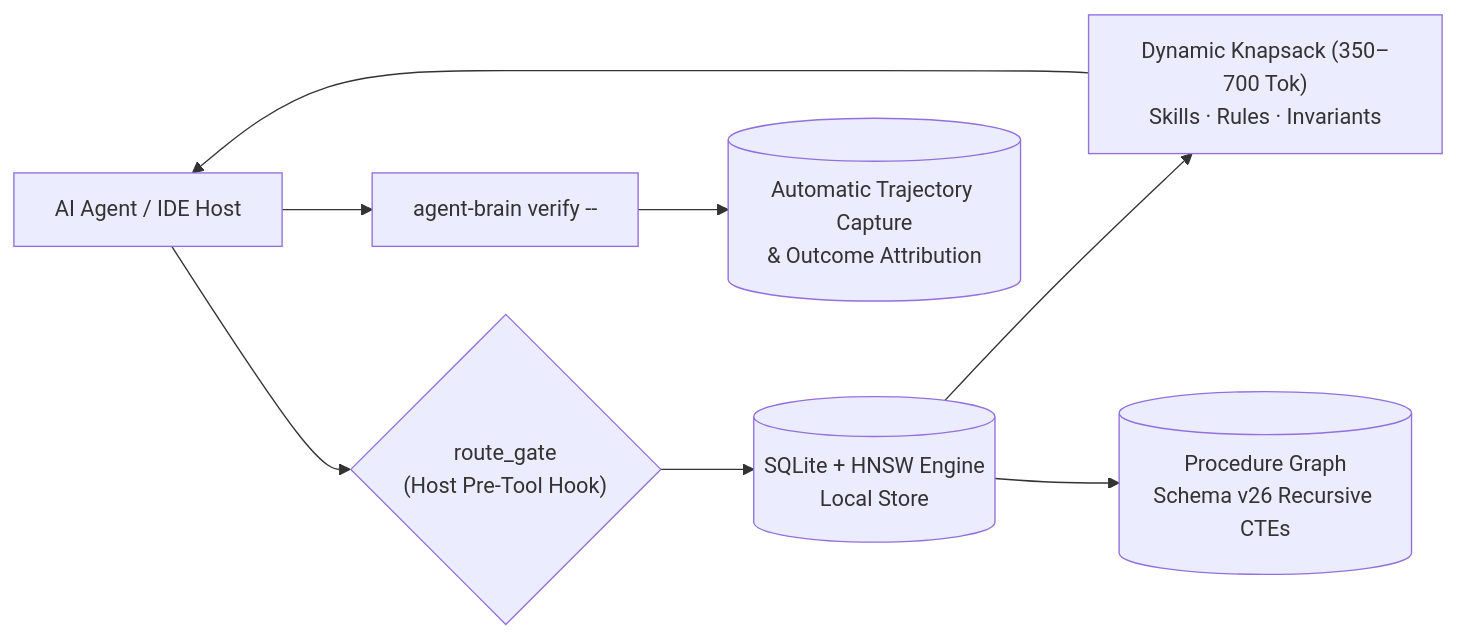
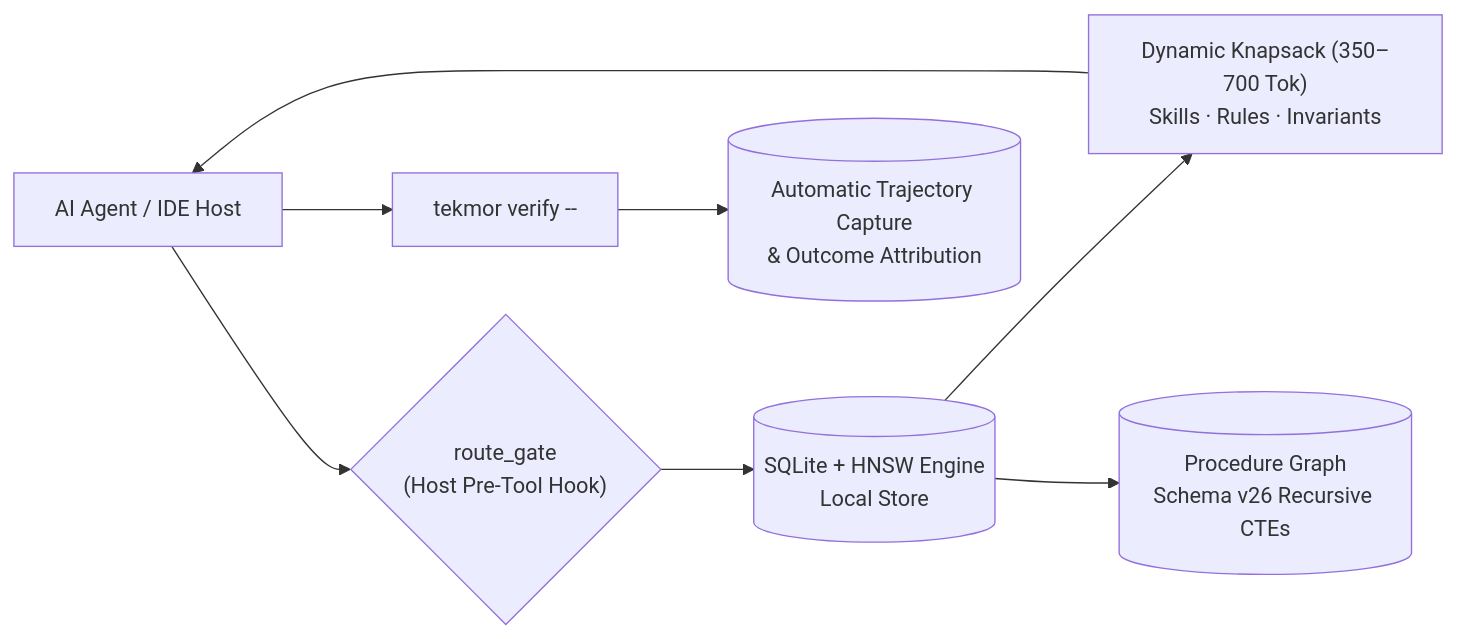
Before and after one commit to autonomic-ai-dev/agent-brain: the diagram in README.md, drawn with Mermaid. The commit also changed other lines of this file and 405 other files, not shown here.

First line of the commit message:
refactor: rename agent-brain to tekmor and simplify the pipeline

````diff
--- a/README.md
+++ b/README.md
@@ -16,10 +16,10 @@
 ```mermaid
 flowchart LR
     Host["AI Agent / IDE Host"] --> Gate{"route_gate<br/>(Host Pre-Tool Hook)"}
     Gate --> Engine[("SQLite + HNSW Engine<br/>Local Store")]
     Engine --> Context["Dynamic Knapsack (350–700 Tok)<br/>Skills · Rules · Invariants"]
     Engine --> Graph[("Procedure Graph<br/>Schema v26 Recursive CTEs")]
     Context --> Host
-    Host --> Verify["agent-brain verify -- <cmd>"]
+    Host --> Verify["tekmor verify -- <cmd>"]
     Verify --> Trajectory[("Automatic Trajectory Capture<br/>& Outcome Attribution")]
 ```
````
